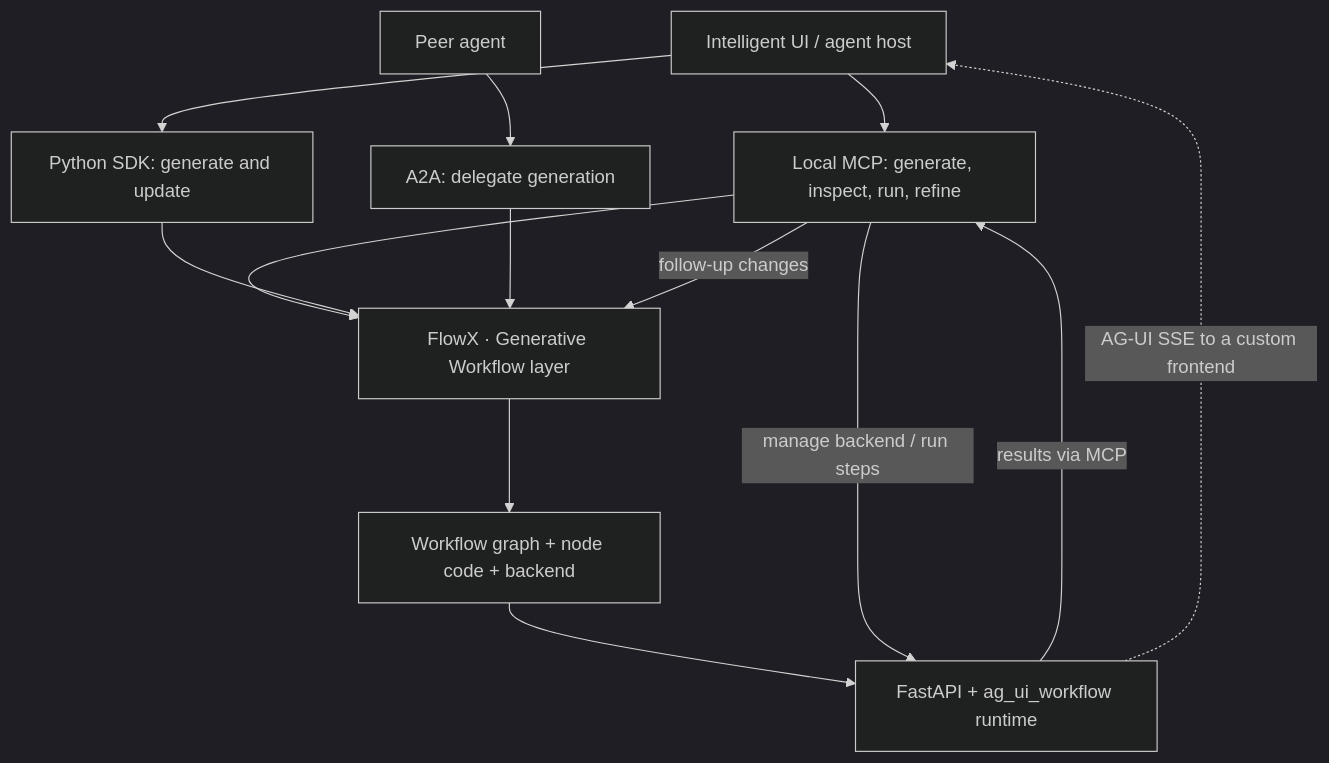
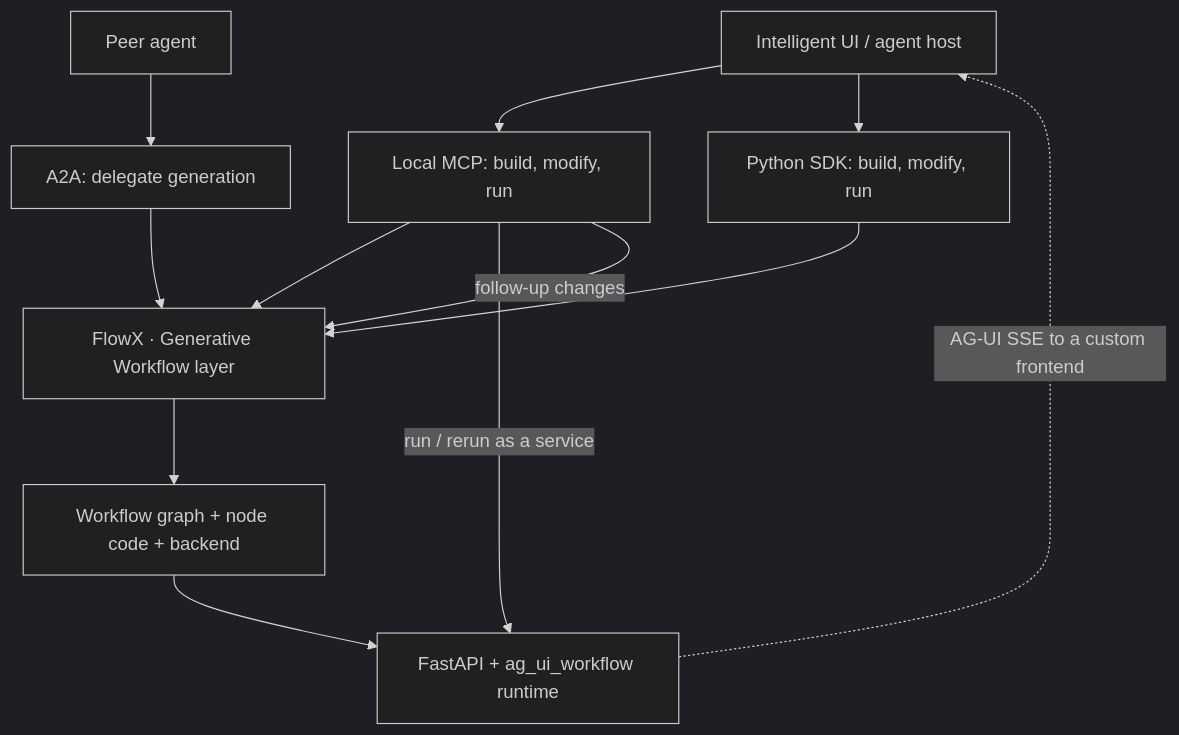
The first of 2 diagrams in README.md (AIpRoBuilder/FlowX), drawn with Mermaid (dark theme) before and after one commit. The commit also changed other lines of this file and 14 other files, not shown here.

Commit message:
update the mcp & sdk for the flowx

````diff
--- a/README.md
+++ b/README.md
@@ -293,15 +297,14 @@
 ```mermaid
 flowchart TB
-  UI["Intelligent UI / agent host"] --> MCP["Local MCP: generate, inspect, run, refine"]
-  UI --> SDK["Python SDK: generate and update"]
+  UI["Intelligent UI / agent host"] --> MCP["Local MCP: build, modify, run"]
+  UI --> SDK["Python SDK: build, modify, run"]
   PEER["Peer agent"] --> A2A["A2A: delegate generation"]
   MCP --> CORE["FlowX · Generative Workflow layer"]
   SDK --> CORE
   A2A --> CORE
   CORE --> FILES["Workflow graph + node code + backend"]
   FILES --> RUNTIME["FastAPI + ag_ui_workflow runtime"]
-  MCP -->|"manage backend / run steps"| RUNTIME
-  RUNTIME -->|"results via MCP"| MCP
+  MCP -->|"run / rerun as a service"| RUNTIME
   RUNTIME -.->|"AG-UI SSE to a custom frontend"| UI
   MCP -->|"follow-up changes"| CORE
 ```
````
